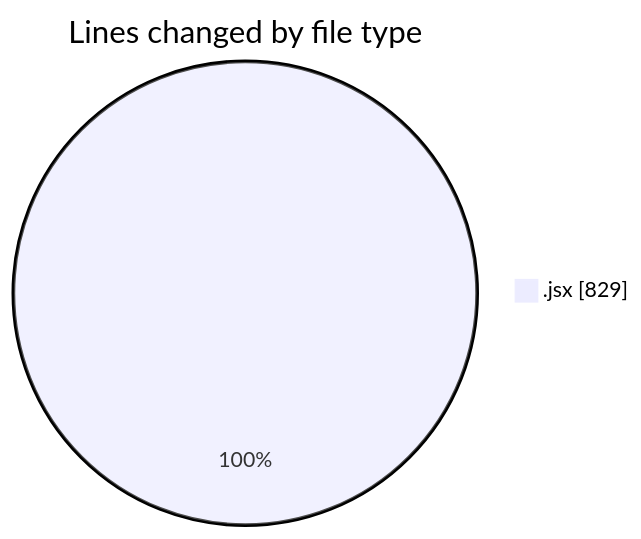
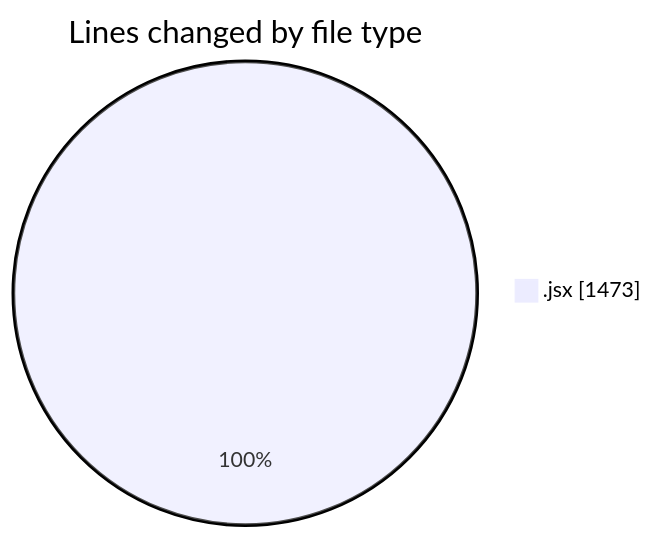
Before and after one commit to nxtqubesakshisongat/code-tracking: the first of 2 diagrams in 2025-11-06/nxtqube_webapp/README.md, drawn with Mermaid. The commit also changed other lines of this file and 1 other file, not shown here.

````diff
--- a/2025-11-06/nxtqube_webapp/README.md
+++ b/2025-11-06/nxtqube_webapp/README.md
@@ -21,5 +22,5 @@
 ```mermaid
 pie showData
 title Lines changed by file type
-".jsx" : 829
+".jsx" : 1473
 ```
````
